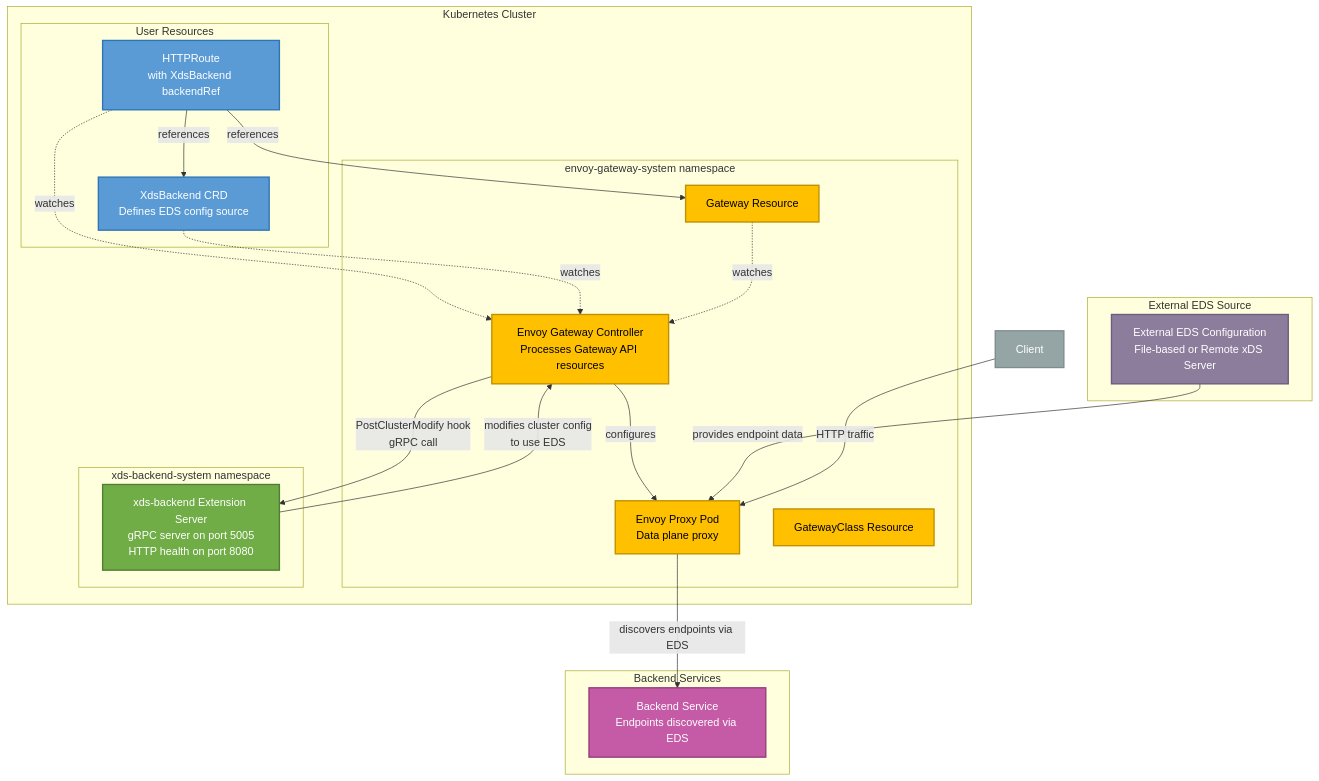
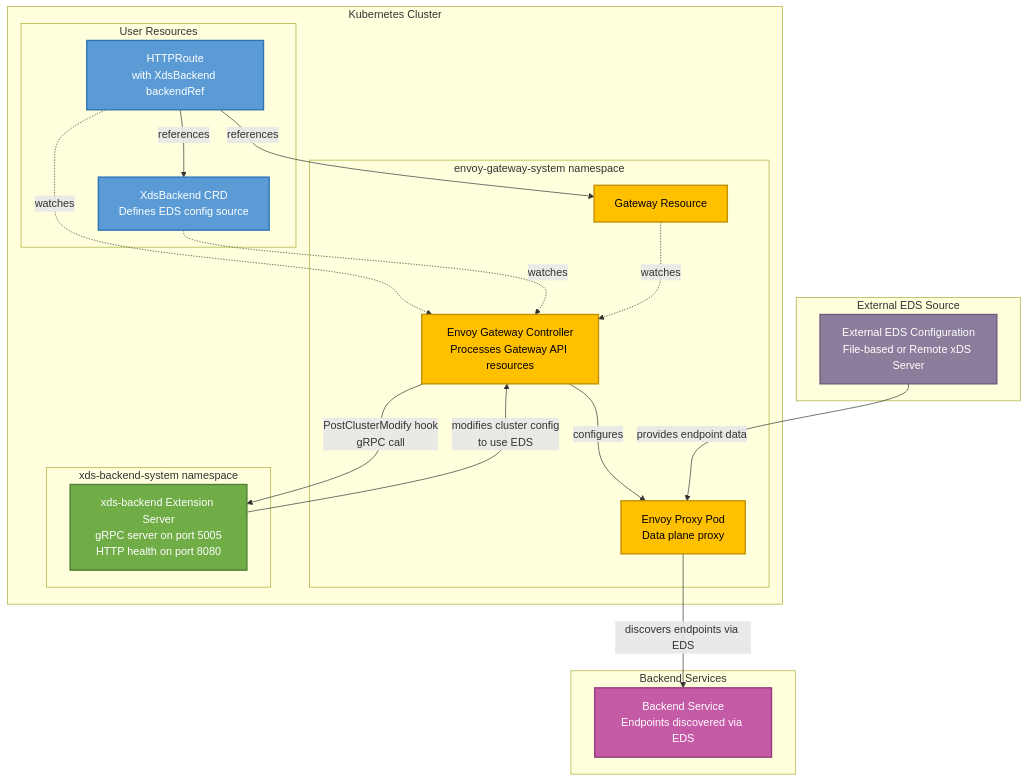
One commit to wtzhang23/xds-backend changed the diagram in README.md. Above: the diagram before and after it, drawn with Mermaid.

Commit message:
update readme to remove trailing components from the diagram

````diff
--- a/README.md
+++ b/README.md
@@ -14,66 +14,60 @@
 ```mermaid
 graph TB
     subgraph "Kubernetes Cluster"
         subgraph "User Resources"
             HTTPRoute[HTTPRoute<br/>with XdsBackend backendRef]
             XdsBackend[XdsBackend CRD<br/>Defines EDS config source]
         end
 
         subgraph "envoy-gateway-system namespace"
             EGController[Envoy Gateway Controller<br/>Processes Gateway API resources]
             EnvoyProxy[Envoy Proxy Pod<br/>Data plane proxy]
             Gateway[Gateway Resource]
-            GatewayClass[GatewayClass Resource]
         end
 
         subgraph "xds-backend-system namespace"
             ExtensionServer[xds-backend Extension Server<br/>gRPC server on port 5005<br/>HTTP health on port 8080]
         end
     end
 
     subgraph "External EDS Source"
         ExternalEDS[External EDS Configuration<br/>File-based or Remote xDS Server]
     end
 
     subgraph "Backend Services"
         BackendService[Backend Service<br/>Endpoints discovered via EDS]
     end
-
-    Client[Client]
 
     %% User creates resources
     HTTPRoute -->|references| XdsBackend
     HTTPRoute -->|references| Gateway
     
     %% Envoy Gateway processing flow
     HTTPRoute -.->|watches| EGController
     XdsBackend -.->|watches| EGController
     Gateway -.->|watches| EGController
     
     %% Extension server hook
     EGController -->|PostClusterModify hook<br/>gRPC call| ExtensionServer
     ExtensionServer -->|modifies cluster config<br/>to use EDS| EGController
     
     %% Envoy configuration
     EGController -->|configures| EnvoyProxy
     ExternalEDS -->|provides endpoint data| EnvoyProxy
     
     %% Traffic flow
-    Client -->|HTTP traffic| EnvoyProxy
     EnvoyProxy -->|discovers endpoints via EDS| BackendService
     
     %% Styling - colors optimized for both light and dark modes
     classDef userResource fill:#5b9bd5,stroke:#2e75b6,stroke-width:2px,color:#fff
     classDef systemComponent fill:#ffc000,stroke:#bf9000,stroke-width:2px,color:#000
     classDef extension fill:#70ad47,stroke:#507e32,stroke-width:2px,color:#fff
     classDef external fill:#8b7d9b,stroke:#6b5d7b,stroke-width:2px,color:#fff
     classDef backend fill:#c55aa6,stroke:#933d7a,stroke-width:2px,color:#fff
-    classDef client fill:#95a5a6,stroke:#7f8c8d,stroke-width:2px,color:#fff
     
     class HTTPRoute,XdsBackend userResource
-    class EGController,EnvoyProxy,Gateway,GatewayClass systemComponent
+    class EGController,EnvoyProxy,Gateway systemComponent
     class ExtensionServer extension
     class ExternalEDS external
     class BackendService backend
-    class Client client
 ```
````
